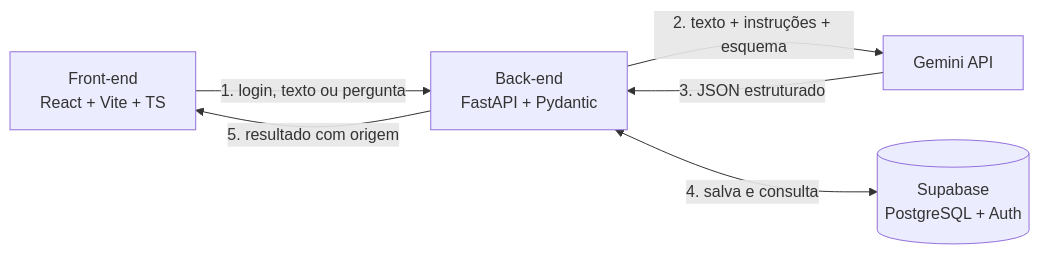
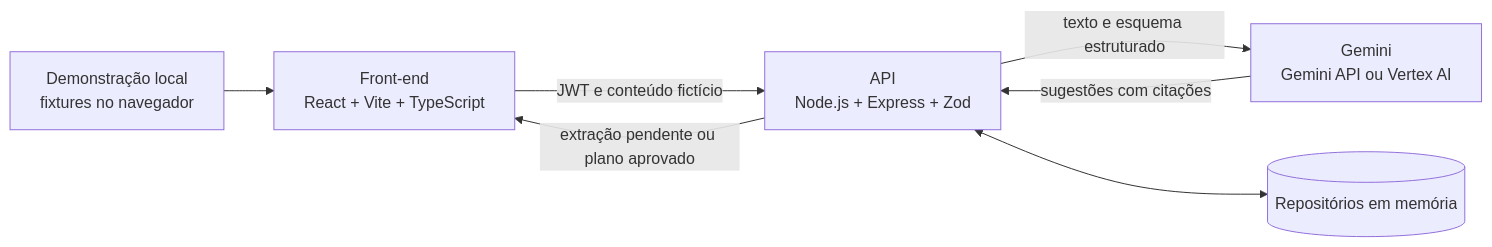
Before and after one commit to FMU-Tech-Inovacao-2026-2/pitchInicial: the diagram in README.md, drawn with Mermaid. The commit also changed other lines of this file and 8 other files, not shown here.

````diff
--- a/README.md
+++ b/README.md
@@ -21,8 +25,9 @@
 ```mermaid
 flowchart LR
-    F["Front-end<br/>React + Vite + TS"] -- "1. login, texto ou pergunta" --> B["Back-end<br/>FastAPI + Pydantic"]
-    B -- "2. texto + instruções + esquema" --> G["Gemini API"]
-    G -- "3. JSON estruturado" --> B
-    B <-- "4. salva e consulta" --> S[("Supabase<br/>PostgreSQL + Auth")]
-    B -- "5. resultado com origem" --> F
+    D["Demonstração local<br/>fixtures no navegador"] --> U["Front-end<br/>React + Vite + TypeScript"]
+    U -- "JWT e conteúdo fictício" --> A["API<br/>Node.js + Express + Zod"]
+    A -- "texto e esquema estruturado" --> G["Gemini<br/>Gemini API ou Vertex AI"]
+    G -- "sugestões com citações" --> A
+    A <--> M[("Repositórios em memória")]
+    A -- "extração pendente ou plano aprovado" --> U
 ```
````
